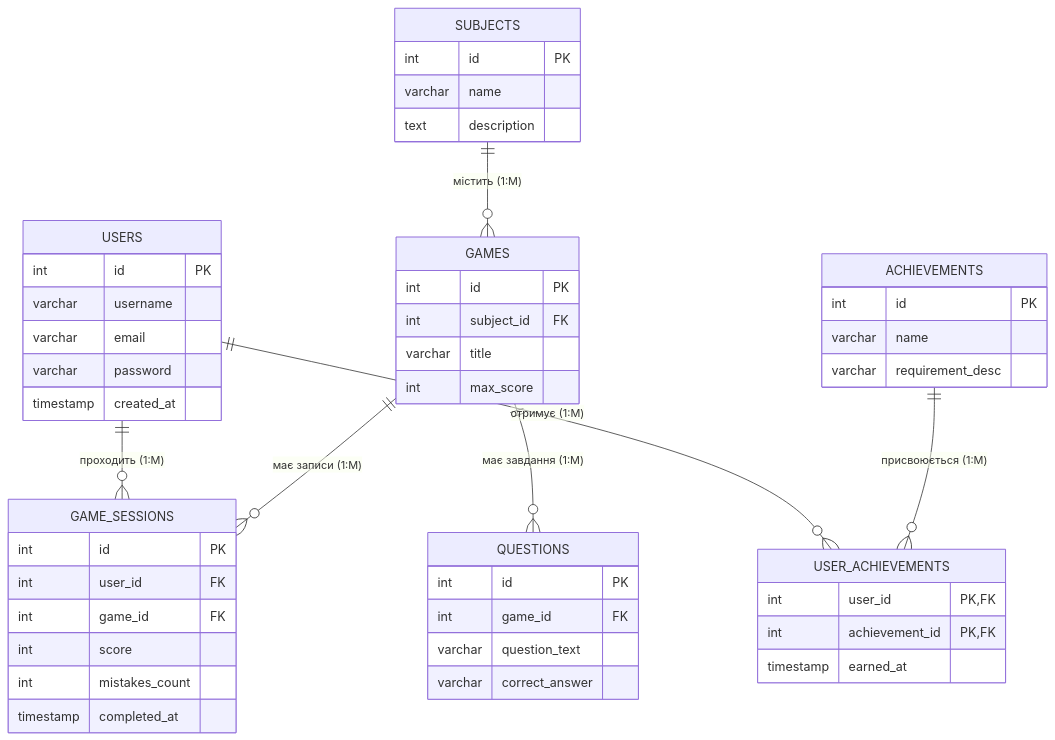
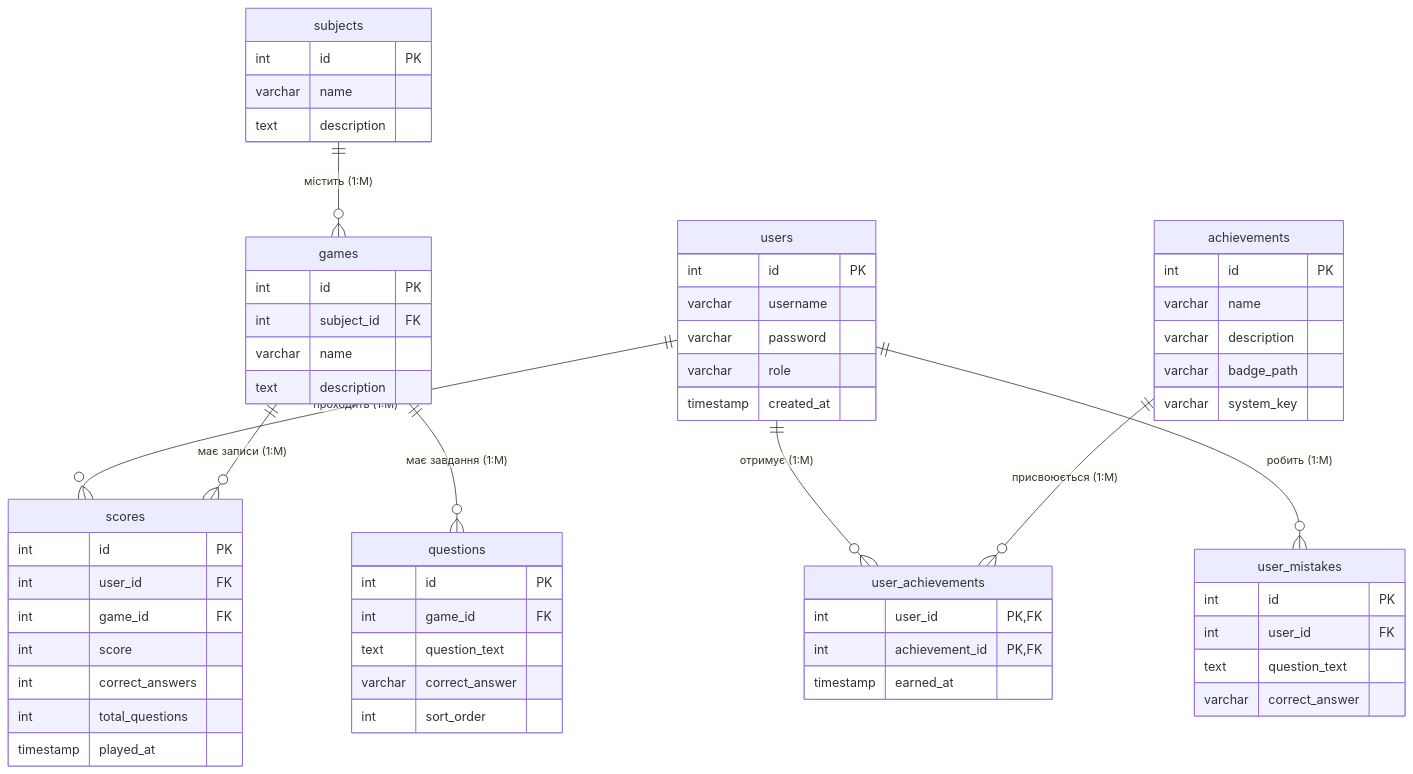
Before and after one commit to Zelon4ik/practic_2: the diagram in Appendices/Додаток_2_Структурна_схема_даних.md, drawn with Mermaid. The commit also changed other lines of this file and 6 other files, not shown here.

Commit message:
Update conceptual database schema, logical structural Crow's Foot diagram, and UML Class diagrams to match Smart Spelling Trainer architecture

````diff
--- a/Appendices/Додаток_2_Структурна_схема_даних.md
+++ b/Appendices/Додаток_2_Структурна_схема_даних.md
@@ -3,52 +5,63 @@
 ```mermaid
 erDiagram
-    USERS ||--o{ GAME_SESSIONS : "проходить (1:M)"
-    USERS ||--o{ USER_ACHIEVEMENTS : "отримує (1:M)"
-    GAMES ||--o{ GAME_SESSIONS : "має записи (1:M)"
-    GAMES ||--o{ QUESTIONS : "має завдання (1:M)"
-    SUBJECTS ||--o{ GAMES : "містить (1:M)"
-    ACHIEVEMENTS ||--o{ USER_ACHIEVEMENTS : "присвоюється (1:M)"
+    users ||--o{ scores : "проходить (1:M)"
+    users ||--o{ user_achievements : "отримує (1:M)"
+    users ||--o{ user_mistakes : "робить (1:M)"
+    games ||--o{ scores : "має записи (1:M)"
+    games ||--o{ questions : "має завдання (1:M)"
+    subjects ||--o{ games : "містить (1:M)"
+    achievements ||--o{ user_achievements : "присвоюється (1:M)"
 
-    USERS {
+    users {
         int id PK
         varchar username
-        varchar email
         varchar password
+        varchar role
         timestamp created_at
     }
-    SUBJECTS {
+    subjects {
         int id PK
         varchar name
         text description
     }
-    GAMES {
+    games {
         int id PK
         int subject_id FK
-        varchar title
-        int max_score
+        varchar name
+        text description
     }
-    QUESTIONS {
+    questions {
         int id PK
         int game_id FK
-        varchar question_text
+        text question_text
         varchar correct_answer
+        int sort_order
     }
-    GAME_SESSIONS {
+    scores {
         int id PK
         int user_id FK
         int game_id FK
         int score
-        int mistakes_count
-        timestamp completed_at
+        int correct_answers
+        int total_questions
+        timestamp played_at
     }
-    ACHIEVEMENTS {
+    achievements {
         int id PK
         varchar name
-        varchar requirement_desc
+        varchar description
+        varchar badge_path
+        varchar system_key
     }
-    USER_ACHIEVEMENTS {
+    user_achievements {
         int user_id PK,FK
         int achievement_id PK,FK
         timestamp earned_at
     }
+    user_mistakes {
+        int id PK
+        int user_id FK
+        text question_text
+        varchar correct_answer
+    }
 ```
````
